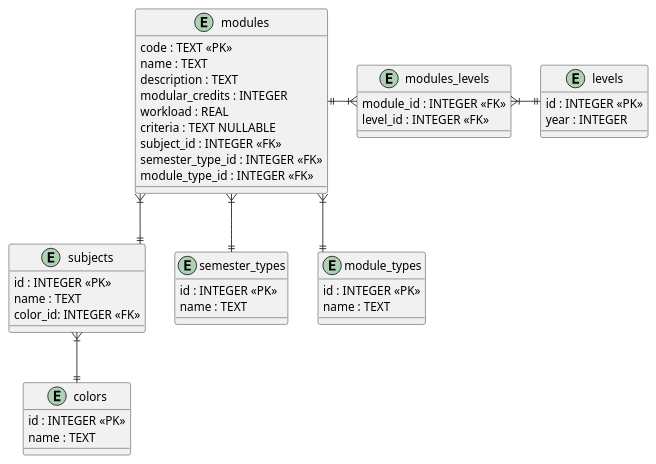
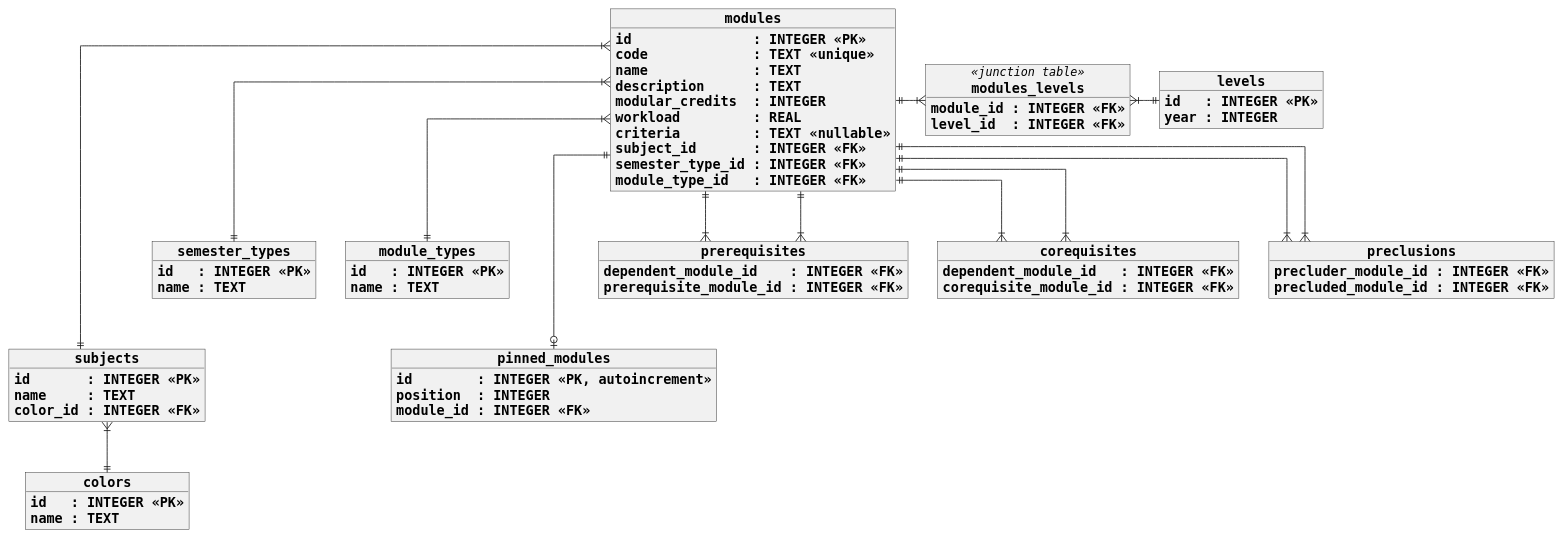
One commit to cervonwong/nush-modules changed the diagram in puml/database.puml. Above: the diagram before and after it, drawn with PlantUML.

Commit message:
Add prereq, coreq, preclu, then format diagram (#36)

```diff
--- a/puml/database.puml
+++ b/puml/database.puml
@@ -1,56 +1,96 @@
 @startuml
+
+skinparam objectFontName Monospaced
+skinparam objectAttributeFontName Monospaced
+skinparam objectStereotypeFontName Monospaced
+
+skinparam objectAttributeFontSize 16
+skinparam objectFontSize 16
+skinparam objectStereotypeFontSize 14
+
+skinparam objectFontStyle bold
 
 skinparam linetype ortho
 skinparam shadowing false
 
-entity modules {
-	code : TEXT <<PK>>
-	name : TEXT
-	description : TEXT
-	modular_credits : INTEGER
-	workload : REAL
-	criteria : TEXT NULLABLE
-	subject_id : INTEGER <<FK>>
+object modules {
+	id               : INTEGER <<PK>>
+	code             : TEXT <<unique>>
+	name             : TEXT
+	description      : TEXT
+	modular_credits  : INTEGER
+	workload         : REAL
+	criteria         : TEXT <<nullable>>
+	subject_id       : INTEGER <<FK>>
 	semester_type_id : INTEGER <<FK>>
-	module_type_id : INTEGER <<FK>>
+	module_type_id   : INTEGER <<FK>>
 }
 
-entity subjects {
-	id : INTEGER <<PK>>
-	name : TEXT
-	color_id: INTEGER <<FK>>
+object subjects {
+	id       : INTEGER <<PK>>
+	name     : TEXT
+	color_id : INTEGER <<FK>>
 }
 
-entity colors {
-	id : INTEGER <<PK>>
+object colors {
+	id   : INTEGER <<PK>>
 	name : TEXT
 }
 
-entity semester_types {
-	id : INTEGER <<PK>>
+object semester_types {
+	id   : INTEGER <<PK>>
 	name : TEXT
 }
 
-entity levels {
-	id : INTEGER <<PK>>
+object levels {
+	id   : INTEGER <<PK>>
 	year : INTEGER
 }
 
-entity modules_levels {
+object modules_levels <<junction table>> {
 	module_id : INTEGER <<FK>>
-	level_id : INTEGER <<FK>>
+	level_id  : INTEGER <<FK>>
 }
 
-entity module_types {
-	id : INTEGER <<PK>>
+object module_types {
+	id   : INTEGER <<PK>>
 	name : TEXT
 }
 
-modules }|--|| subjects
+object pinned_modules {
+	id        : INTEGER <<PK, autoincrement>>
+	position  : INTEGER
+	module_id : INTEGER <<FK>>
+}
+
+modules }|---|| subjects
 subjects }|--|| colors
 modules }|--|| semester_types
 modules ||-|{ modules_levels
 modules_levels }|-|| levels
 modules }|--|| module_types
+modules ||---o| pinned_modules
+
+object prerequisites {
+	dependent_module_id    : INTEGER <<FK>>
+	prerequisite_module_id : INTEGER <<FK>>
+}
+
+object corequisites {
+	dependent_module_id   : INTEGER <<FK>>
+	corequisite_module_id : INTEGER <<FK>>
+}
+
+object preclusions {
+	precluder_module_id : INTEGER <<FK>>
+	precluded_module_id : INTEGER <<FK>>
+}
+
+modules ||--|{ prerequisites
+prerequisites }|--|| modules
+modules ||--|{ corequisites
+corequisites }|--|| modules
+modules ||--|{ preclusions
+preclusions }|--|| modules
 
 @enduml
```
